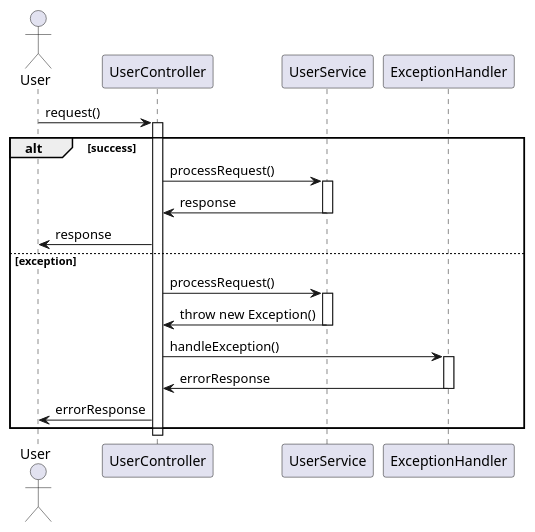
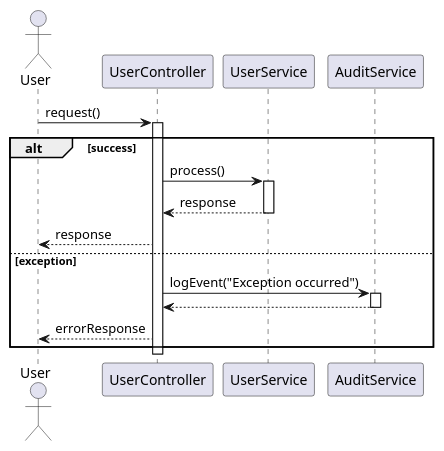
The fifth of 6 diagrams in identityprovider/documentation/detaileddesign.adoc (Dinesh-s95/AutoDoc.ai), drawn with PlantUML before and after one commit. The commit also changed other lines of this file and 19 other files, not shown here.

```diff
--- a/identityprovider/documentation/detaileddesign.adoc
+++ b/identityprovider/documentation/detaileddesign.adoc
@@ -362,30 +399,29 @@
-[plantuml, exception-handling-flow, png]
+[plantuml, exception-handling-sequence, png]
 ----
 @startuml
 actor User
 participant UserController
 participant UserService
-participant "ExceptionHandler"
+participant AuditService
 
 User -> UserController : request()
 activate UserController
+
 alt success
-    UserController -> UserService : processRequest()
+    UserController -> UserService : process()
     activate UserService
-    UserService -> UserController : response
+    UserService --> UserController : response
     deactivate UserService
-    UserController -> User : response
+
+    UserController --> User : response
 else exception
-    UserController -> UserService : processRequest()
-    activate UserService
-    UserService -> UserController : throw new Exception()
-    deactivate UserService
-    UserController -> "ExceptionHandler" : handleException()
-    activate "ExceptionHandler"
-    "ExceptionHandler" -> UserController : errorResponse
-    deactivate "ExceptionHandler"
-    UserController -> User : errorResponse
+    UserController -> AuditService : logEvent("Exception occurred")
+    activate AuditService
+    AuditService --> UserController
+    deactivate AuditService
+
+    UserController --> User : errorResponse
 end
 deactivate UserController
 @enduml
 ----
```
